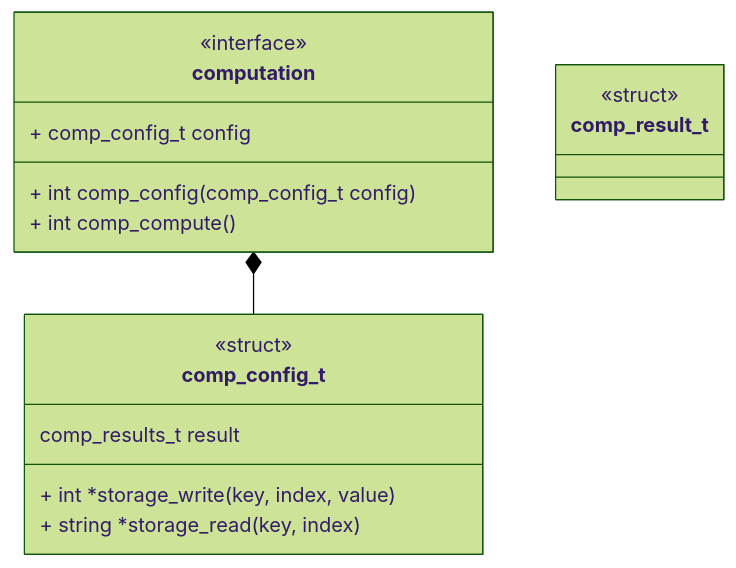
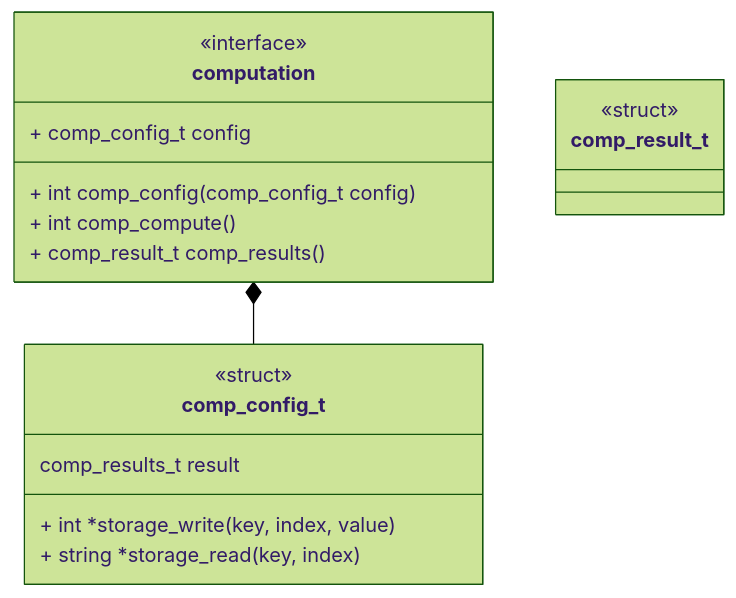
One commit to Uiowa-Applied-Topology/tanglenomicon_core_libraries changed the diagram in docs/unit_description/computation-interface.md. Above: the diagram before and after it, drawn with Mermaid (forest theme). The commit also changed 4 other files, not shown here.

````diff
--- a/docs/unit_description/computation-interface.md
+++ b/docs/unit_description/computation-interface.md
@@ -3,22 +3,23 @@
 ```mermaid
 classDiagram
     computation *-- comp_config_t
     class computation {
         <<interface>>
         + comp_config_t config
         + int comp_config(comp_config_t config)
         + int comp_compute()
+        + comp_result_t comp_results()
     }
 
     class comp_config_t {
         <<struct>>
         comp_results_t result
         + int *storage_write(key, index, value)
         + string *storage_read(key, index)
     }
 
     class comp_result_t {
         <<struct>>
     }
 
 ```
````
